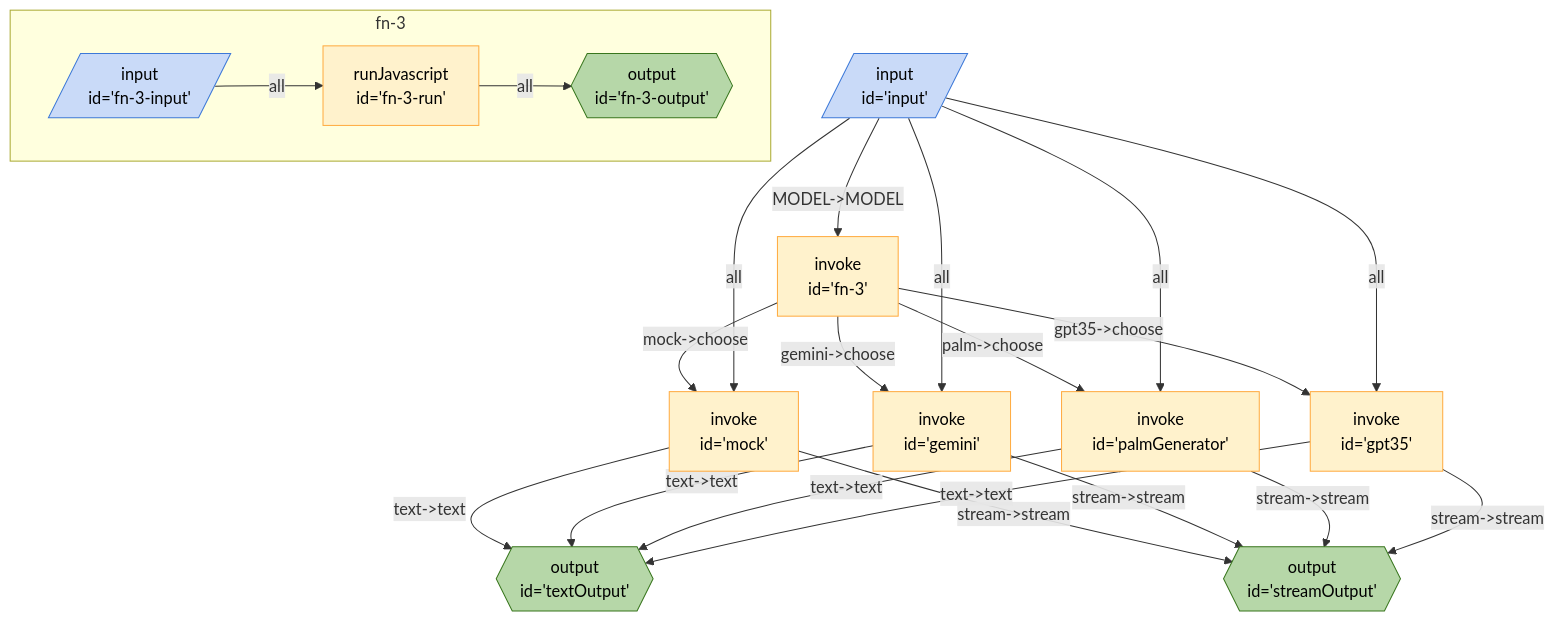
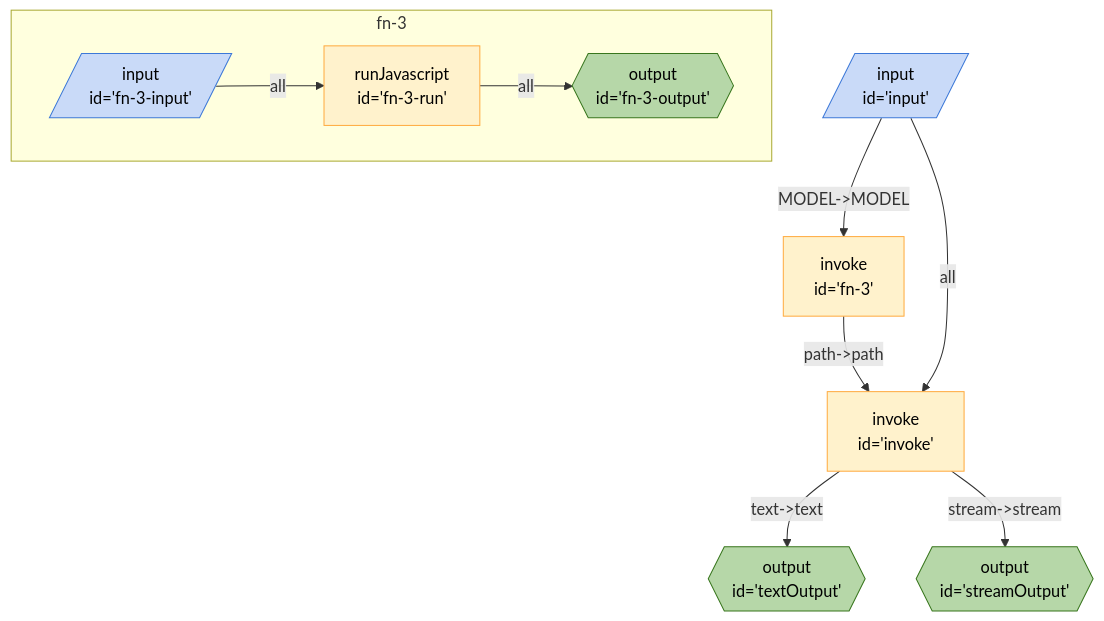
The diagram in seeds/breadboard-web/docs/graphs/text-generator.md (breadboard-ai/breadboard), drawn with Mermaid before and after one commit. The commit also changed 2 other files, not shown here.

Commit message:
A much simpler text generator.

````diff
--- a/seeds/breadboard-web/docs/graphs/text-generator.md
+++ b/seeds/breadboard-web/docs/graphs/text-generator.md
@@ -3,35 +3,23 @@
 ```mermaid
 %%{init: 'themeVariables': { 'fontFamily': 'Fira Code, monospace' }}%%
 graph TD;
-mock["invoke <br> id='mock'"] -- "text->text" --> textOutput{{"output <br> id='textOutput'"}}:::output
-mock["invoke <br> id='mock'"] -- "stream->stream" --> streamOutput{{"output <br> id='streamOutput'"}}:::output
-gemini["invoke <br> id='gemini'"] -- "text->text" --> textOutput{{"output <br> id='textOutput'"}}:::output
-gemini["invoke <br> id='gemini'"] -- "stream->stream" --> streamOutput{{"output <br> id='streamOutput'"}}:::output
-palmGenerator["invoke <br> id='palmGenerator'"] -- "text->text" --> textOutput{{"output <br> id='textOutput'"}}:::output
-palmGenerator["invoke <br> id='palmGenerator'"] -- "stream->stream" --> streamOutput{{"output <br> id='streamOutput'"}}:::output
-gpt35["invoke <br> id='gpt35'"] -- "text->text" --> textOutput{{"output <br> id='textOutput'"}}:::output
-gpt35["invoke <br> id='gpt35'"] -- "stream->stream" --> streamOutput{{"output <br> id='streamOutput'"}}:::output
-fn3["invoke <br> id='fn-3'"] -- "mock->choose" --> mock["invoke <br> id='mock'"]
-fn3["invoke <br> id='fn-3'"] -- "gemini->choose" --> gemini["invoke <br> id='gemini'"]
-fn3["invoke <br> id='fn-3'"] -- "palm->choose" --> palmGenerator["invoke <br> id='palmGenerator'"]
-fn3["invoke <br> id='fn-3'"] -- "gpt35->choose" --> gpt35["invoke <br> id='gpt35'"]
+invoke["invoke <br> id='invoke'"] -- "text->text" --> textOutput{{"output <br> id='textOutput'"}}:::output
+invoke["invoke <br> id='invoke'"] -- "stream->stream" --> streamOutput{{"output <br> id='streamOutput'"}}:::output
+fn3["invoke <br> id='fn-3'"] -- "path->path" --> invoke["invoke <br> id='invoke'"]
 input[/"input <br> id='input'"/]:::input -- "MODEL->MODEL" --> fn3["invoke <br> id='fn-3'"]
-input[/"input <br> id='input'"/]:::input -- all --> mock["invoke <br> id='mock'"]
-input[/"input <br> id='input'"/]:::input -- all --> gemini["invoke <br> id='gemini'"]
-input[/"input <br> id='input'"/]:::input -- all --> palmGenerator["invoke <br> id='palmGenerator'"]
-input[/"input <br> id='input'"/]:::input -- all --> gpt35["invoke <br> id='gpt35'"]
+input[/"input <br> id='input'"/]:::input -- all --> invoke["invoke <br> id='invoke'"]
 
 subgraph sg_fn3 [fn-3]
 fn3_fn3input[/"input <br> id='fn-3-input'"/]:::input -- all --> fn3_fn3run["runJavascript <br> id='fn-3-run'"]
 fn3_fn3run["runJavascript <br> id='fn-3-run'"] -- all --> fn3_fn3output{{"output <br> id='fn-3-output'"}}:::output
 end
 
 classDef default stroke:#ffab40,fill:#fff2ccff,color:#000
 classDef input stroke:#3c78d8,fill:#c9daf8ff,color:#000
 classDef output stroke:#38761d,fill:#b6d7a8ff,color:#000
 classDef passthrough stroke:#a64d79,fill:#ead1dcff,color:#000
 classDef slot stroke:#a64d79,fill:#ead1dcff,color:#000
 classDef config stroke:#a64d79,fill:#ead1dcff,color:#000
 classDef secrets stroke:#db4437,fill:#f4cccc,color:#000
 classDef slotted stroke:#a64d79
 ```
````
